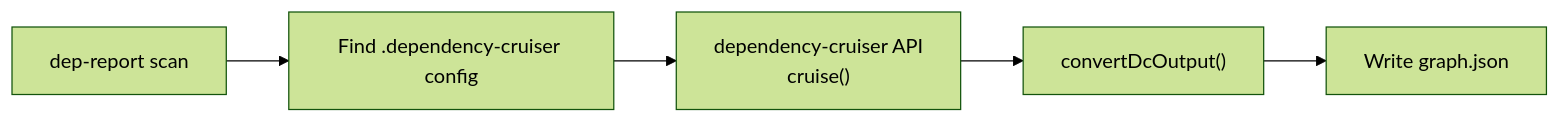
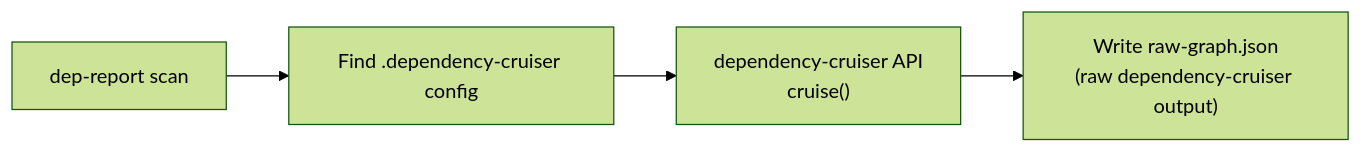
The first of 3 diagrams in docs/packages/cli.md (fisher-89/dependency-cruiser-reporter), drawn with Mermaid (forest theme) before and after one commit. The commit also changed other lines of this file and 12 other files, not shown here.

````diff
--- a/docs/packages/cli.md
+++ b/docs/packages/cli.md
@@ -37,7 +39,6 @@
 ```mermaid
 flowchart LR
     CLI["dep-report scan"] --> Find["Find .dependency-cruiser config"]
     Find --> DC["dependency-cruiser API\ncruise()"]
-    DC --> Convert["convertDcOutput()"]
-    Convert --> Write["Write graph.json"]
+    DC --> Write["Write raw-graph.json\n(raw dependency-cruiser output)"]
 ```
````
